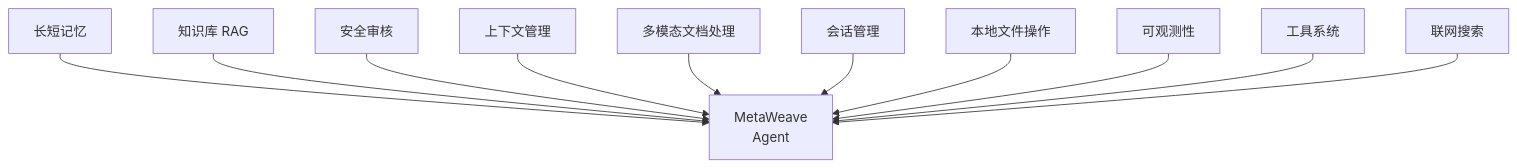
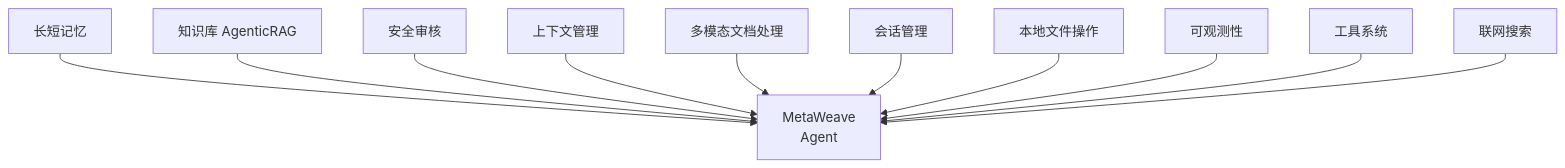
The first of 25 diagrams in docs/WORKFLOW.md (xiao-Huahuo/MetaWeave), drawn with Mermaid before and after one commit. The commit also changed other lines of this file and 24 other files, not shown here.

Commit message:
Agentic RAG

````diff
--- a/docs/WORKFLOW.md
+++ b/docs/WORKFLOW.md
@@ -6,6 +6,6 @@
 ```mermaid
 flowchart TD
-    长短记忆["长短记忆"] & 知识库RAG["知识库 RAG"] & 安全审核["安全审核"] & 上下文管理["上下文管理"] & 多模态文档处理["多模态文档处理"] --> agent
+    长短记忆["长短记忆"] & 知识库AgenticRAG["知识库 AgenticRAG"] & 安全审核["安全审核"] & 上下文管理["上下文管理"] & 多模态文档处理["多模态文档处理"] --> agent
     agent["MetaWeave<br/>Agent"]
     会话管理["会话管理"] & 规划与编排["本地文件操作"] & 可观测性["可观测性"] & 工具系统["工具系统"] & 联网搜索["联网搜索"] --> agent
 ```
````
